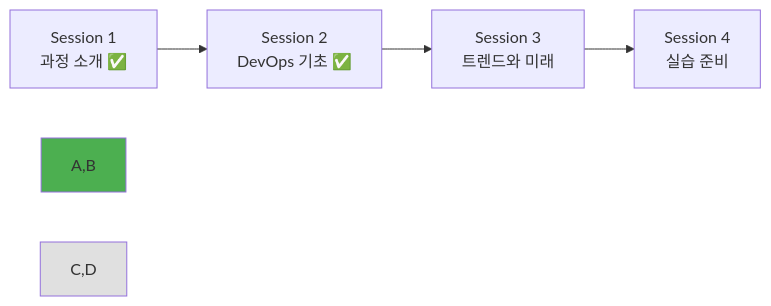
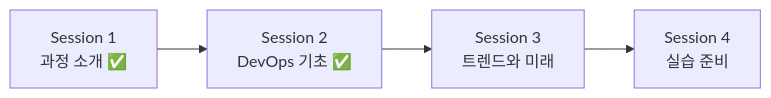
The fourth of 4 diagrams in theory/week_01/day1/session_2.md (niceguy61/kdt_devops_lecture_2025), drawn with Mermaid before and after one commit.

````diff
--- a/theory/week_01/day1/session_2.md
+++ b/theory/week_01/day1/session_2.md
@@ -180,9 +180,6 @@
 ```mermaid
 graph LR
     A[Session 1<br/>과정 소개 ✅] --> B[Session 2<br/>DevOps 기초 ✅]
     B --> C[Session 3<br/>트렌드와 미래]
     C --> D[Session 4<br/>실습 준비]
-    
-    style A,B fill:#4caf50
-    style C,D fill:#e0e0e0
 ```
````
